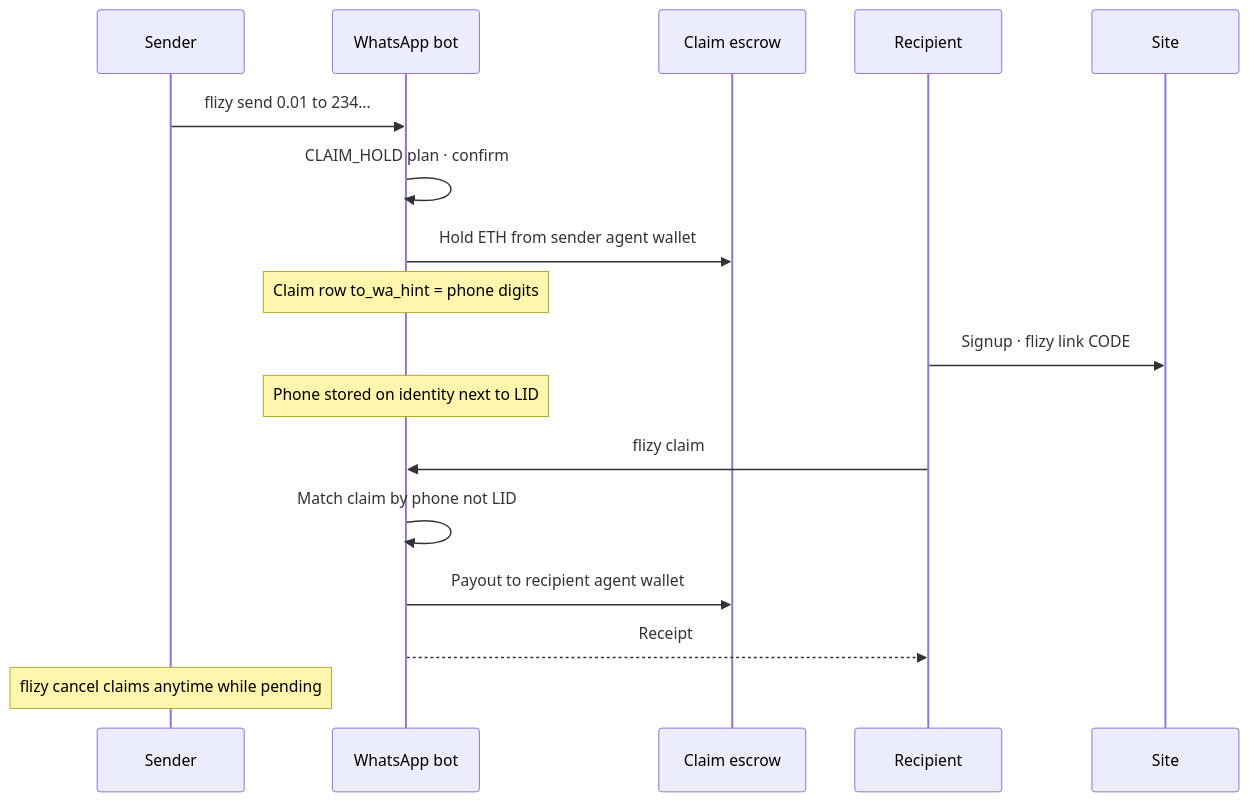
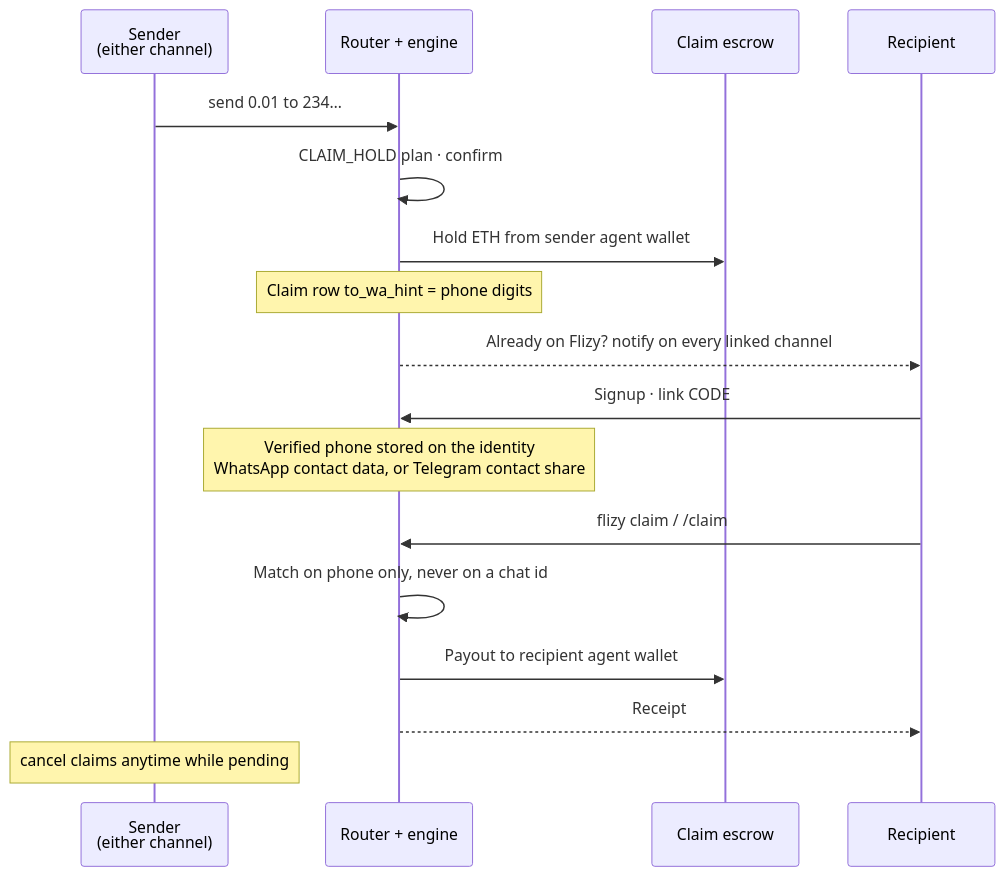
The fifth of 7 diagrams in README.md (rudazy/flizy), drawn with Mermaid before and after one commit. The commit also changed other lines of this file and 46 other files, not shown here.

````diff
--- a/README.md
+++ b/README.md
@@ -169,19 +241,20 @@
 ```mermaid
 sequenceDiagram
-  participant S as Sender
-  participant Bot as WhatsApp bot
+  participant S as Sender<br/>(either channel)
+  participant Bot as Router + engine
   participant Esc as Claim escrow
   participant R as Recipient
 
-  S->>Bot: flizy send 0.01 to 234…
+  S->>Bot: send 0.01 to 234…
   Bot->>Bot: CLAIM_HOLD plan · confirm
   Bot->>Esc: Hold ETH from sender agent wallet
   Note over Bot: Claim row to_wa_hint = phone digits
-  R->>Site: Signup · flizy link CODE
-  Note over Bot: Phone stored on identity next to LID
-  R->>Bot: flizy claim
-  Bot->>Bot: Match claim by phone not LID
+  Bot-->>R: Already on Flizy? notify on every linked channel
+  R->>Bot: Signup · link CODE
+  Note over Bot: Verified phone stored on the identity<br/>WhatsApp contact data, or Telegram contact share
+  R->>Bot: flizy claim  /  /claim
+  Bot->>Bot: Match on phone only, never on a chat id
   Bot->>Esc: Payout to recipient agent wallet
   Bot-->>R: Receipt
-  Note over S: flizy cancel claims anytime while pending
+  Note over S: cancel claims anytime while pending
 ```
````
